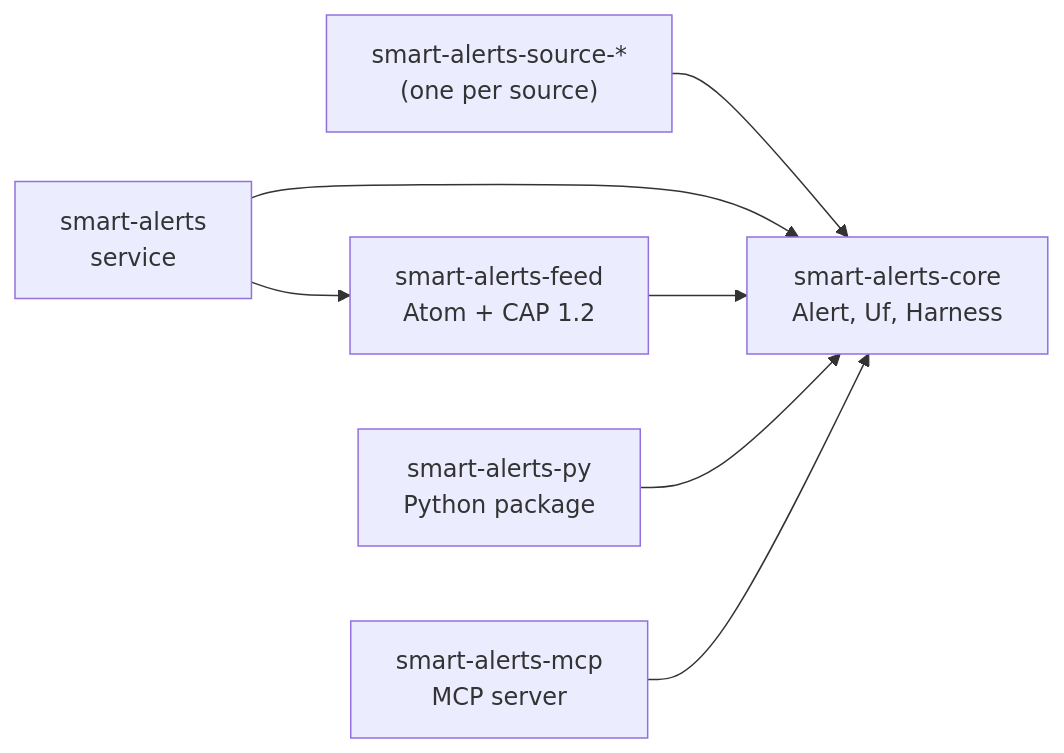
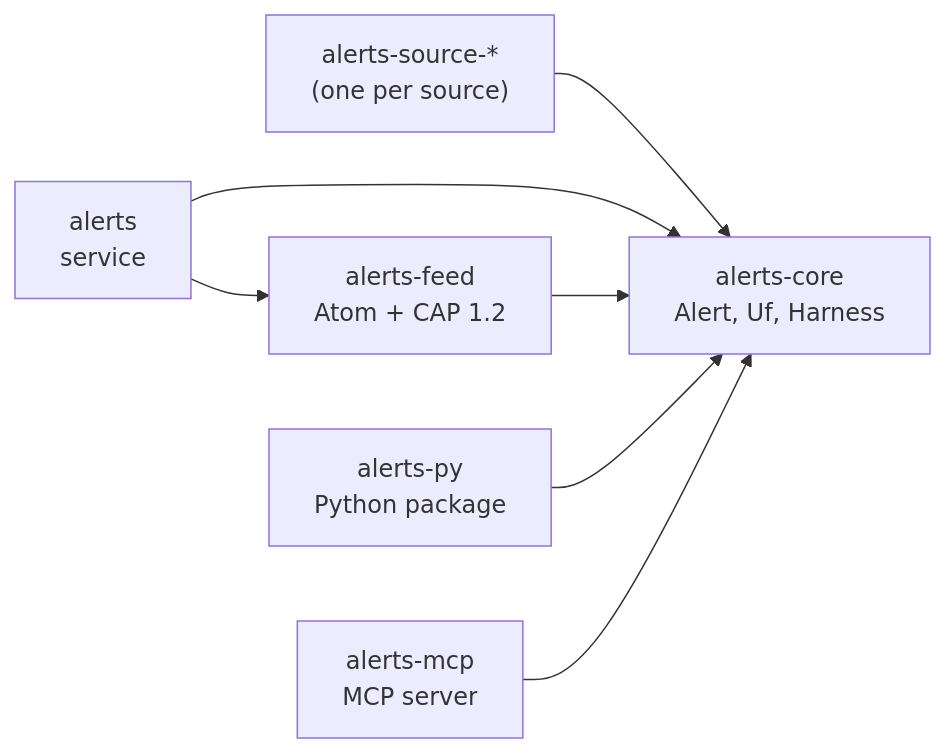
One commit to piabrota/alerts changed the diagram in README.md. Above: the diagram before and after it, drawn with Mermaid. The commit also changed other lines of this file and 83 other files, not shown here.

````diff
--- a/README.md
+++ b/README.md
@@ -130,10 +129,10 @@
 ```mermaid
 %% figure: crates
 %% title: Which crates exist, and which crate depends on which?
 flowchart LR
-    S["smart-alerts-source-*<br/>(one per source)"] --> C["smart-alerts-core<br/>Alert, Uf, Harness"]
-    D["smart-alerts<br/>service"] --> C
-    D --> F["smart-alerts-feed<br/>Atom + CAP 1.2"] --> C
-    P["smart-alerts-py<br/>Python package"] --> C
-    M["smart-alerts-mcp<br/>MCP server"] --> C
+    S["alerts-source-*<br/>(one per source)"] --> C["alerts-core<br/>Alert, Uf, Harness"]
+    D["alerts<br/>service"] --> C
+    D --> F["alerts-feed<br/>Atom + CAP 1.2"] --> C
+    P["alerts-py<br/>Python package"] --> C
+    M["alerts-mcp<br/>MCP server"] --> C
 ```
````
